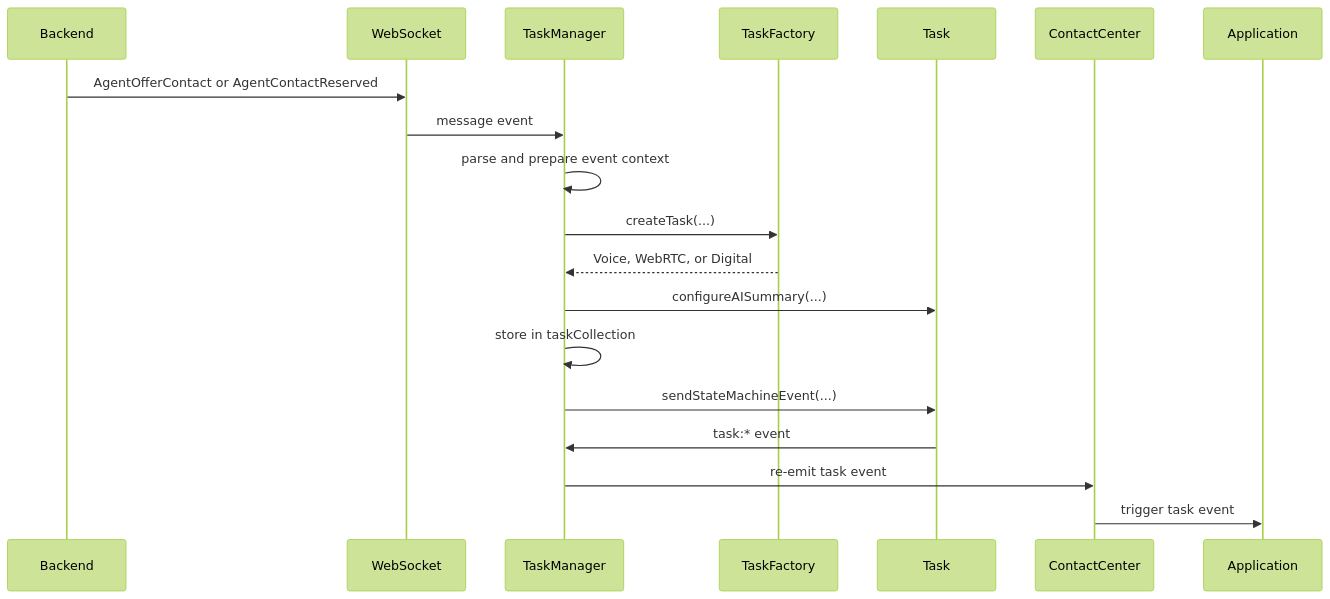
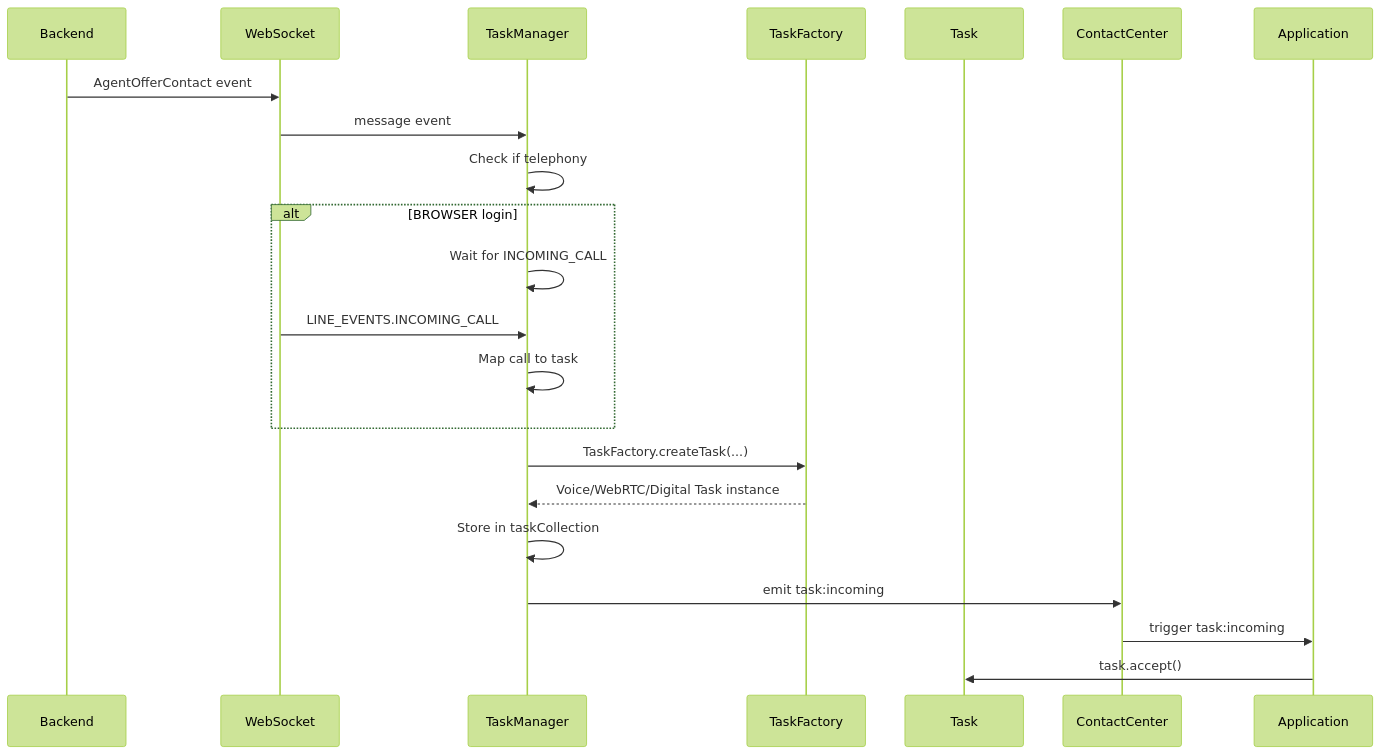
One commit to webex/webex-js-sdk changed the second of 4 diagrams in packages/@webex/contact-center/src/services/task/ai-docs/ARCHITECTURE.md. Above: the diagram before and after it, drawn with Mermaid (forest theme). The commit also changed other lines of this file and 12 other files, not shown here.

````diff
--- a/packages/@webex/contact-center/src/services/task/ai-docs/ARCHITECTURE.md
+++ b/packages/@webex/contact-center/src/services/task/ai-docs/ARCHITECTURE.md
@@ -293,22 +308,25 @@
 ```mermaid
 sequenceDiagram
     participant BE as Backend
     participant WS as WebSocket
     participant TM as TaskManager
     participant TF as TaskFactory
     participant T as Task
     participant CC as ContactCenter
     participant App as Application
 
-    BE->>WS: AgentOfferContact or AgentContactReserved
+    BE->>WS: AgentOfferContact event
     WS->>TM: message event
-    TM->>TM: parse and prepare event context
-    TM->>TF: createTask(...)
-    TF-->>TM: Voice, WebRTC, or Digital
-    TM->>T: configureAISummary(...)
-    TM->>TM: store in taskCollection
-    TM->>T: sendStateMachineEvent(...)
-    T->>TM: task:* event
-    TM->>CC: re-emit task event
-    CC->>App: trigger task event
+    TM->>TM: Check if telephony
+    alt BROWSER login
+        TM->>TM: Wait for INCOMING_CALL
+        WS->>TM: LINE_EVENTS.INCOMING_CALL
+        TM->>TM: Map call to task
+    end
+    TM->>TF: TaskFactory.createTask(...)
+    TF-->>TM: Voice/WebRTC/Digital Task instance
+    TM->>TM: Store in taskCollection
+    TM->>CC: emit task:incoming
+    CC->>App: trigger task:incoming
+    App->>T: task.accept()
 ```
````
